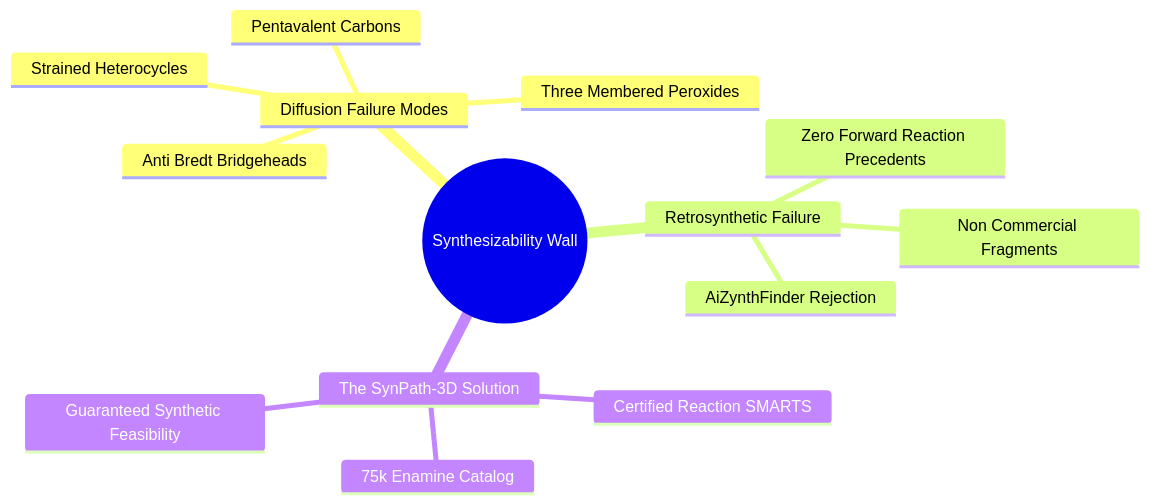
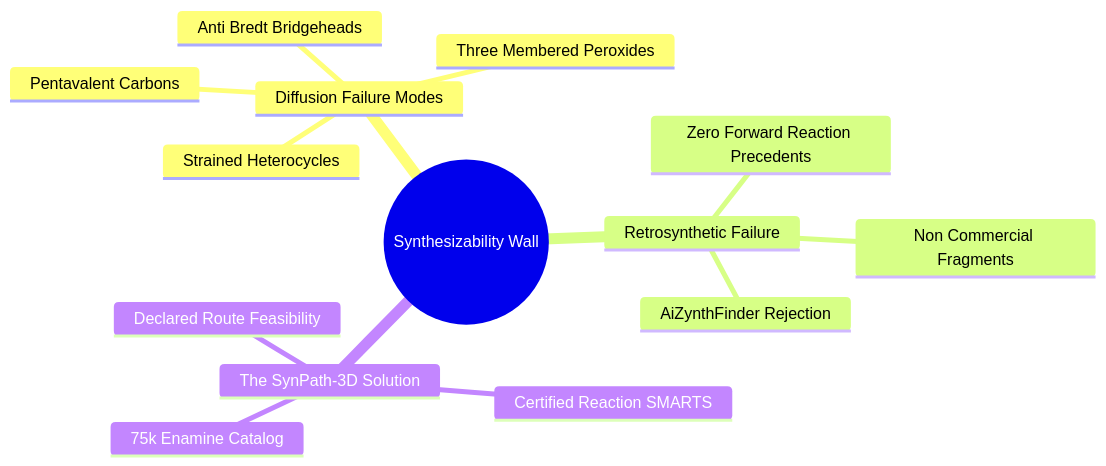
One commit to Vtheonly/Obsidian_Notes changed the first of 3 diagrams in AI/AI Projects/SynPath/SynPath-3D Foundational Biological and pharmaceutical chemistry/3. 3. Chemical Synthesis and Reaction Grammars.md. Above: the diagram before and after it, drawn with Mermaid. The commit also changed other lines of this file, not shown here.

Commit message:
docs(SynPath): close remaining mathematical and chemistry consistency gaps

````diff
--- a/AI/AI Projects/SynPath/SynPath-3D Foundational Biological and pharmaceutical chemistry/3. 3. Chemical Synthesis and Reaction Grammars.md
+++ b/AI/AI Projects/SynPath/SynPath-3D Foundational Biological and pharmaceutical chemistry/3. 3. Chemical Synthesis and Reaction Grammars.md
@@ -39,17 +39,17 @@
 ```mermaid
 mindmap
   root((Synthesizability Wall))
     Diffusion Failure Modes
       Pentavalent Carbons
       Three Membered Peroxides
       Anti Bredt Bridgeheads
       Strained Heterocycles
     Retrosynthetic Failure
       Zero Forward Reaction Precedents
       Non Commercial Fragments
       AiZynthFinder Rejection
     The SynPath-3D Solution
       Certified Reaction SMARTS
       75k Enamine Catalog
-      Guaranteed Synthetic Feasibility
+      Declared Route Feasibility
 ```
````
